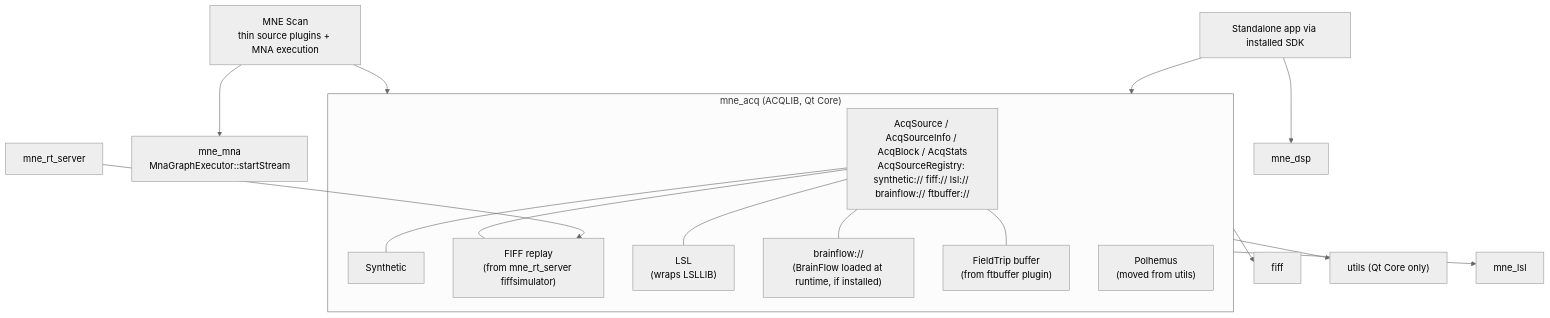
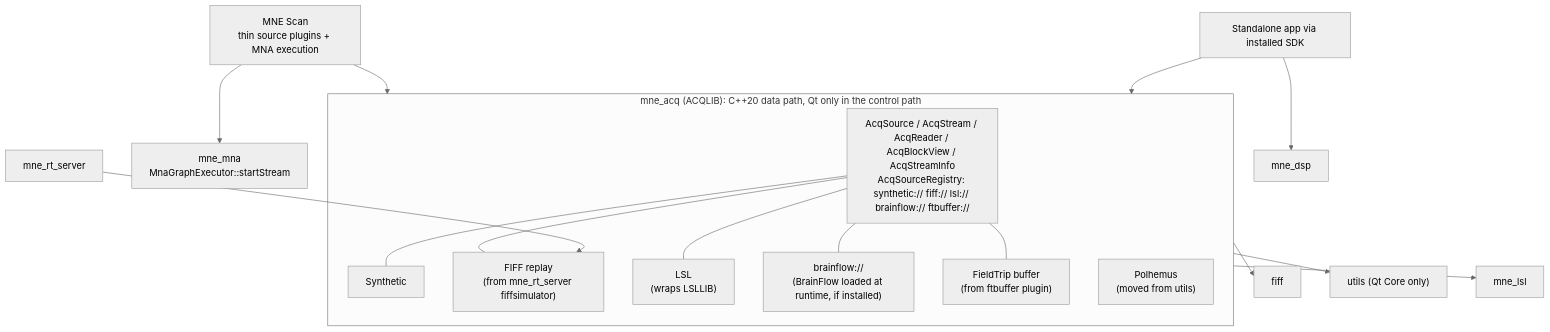
One commit to chdinh/mne-cpp changed the first of 2 diagrams in doc/dev-notes/v2.5.0-requirements.md. Above: the diagram before and after it, drawn with Mermaid (neutral theme). The commit also changed other lines of this file, not shown here.

Commit message:
DOC: v2.5.0 high-performance acq data path; MR acquisition in v2.6 (D1, D2, D12)

````diff
--- a/doc/dev-notes/v2.5.0-requirements.md
+++ b/doc/dev-notes/v2.5.0-requirements.md
@@ -145,18 +145,18 @@
 ```mermaid
 flowchart TB
-  subgraph acq["mne_acq (ACQLIB, Qt Core)"]
-    API["AcqSource / AcqSourceInfo / AcqBlock / AcqStats<br/>AcqSourceRegistry: synthetic:// fiff:// lsl:// brainflow:// ftbuffer://"]
+  subgraph acq["mne_acq (ACQLIB): C++20 data path, Qt only in the control path"]
+    API["AcqSource / AcqStream / AcqReader / AcqBlockView / AcqStreamInfo<br/>AcqSourceRegistry: synthetic:// fiff:// lsl:// brainflow:// ftbuffer://"]
     SYN[Synthetic]
     REP["FIFF replay<br/>(from mne_rt_server fiffsimulator)"]
     LSL["LSL<br/>(wraps LSLLIB)"]
     BF["brainflow://<br/>(BrainFlow loaded at runtime, if installed)"]
     FT["FieldTrip buffer<br/>(from ftbuffer plugin)"]
     POL["Polhemus<br/>(moved from utils)"]
   end
   API --- SYN & REP & LSL & BF & FT
   acq --> fiff & utils["utils (Qt Core only)"] & lsl[mne_lsl]
   Scan["MNE Scan<br/>thin source plugins + MNA execution"] --> acq
   Scan --> MNA["mne_mna<br/>MnaGraphExecutor::startStream"]
   RT["mne_rt_server"] --> REP
   App["Standalone app via installed SDK"] --> acq & dsp[mne_dsp]
 ```
````
